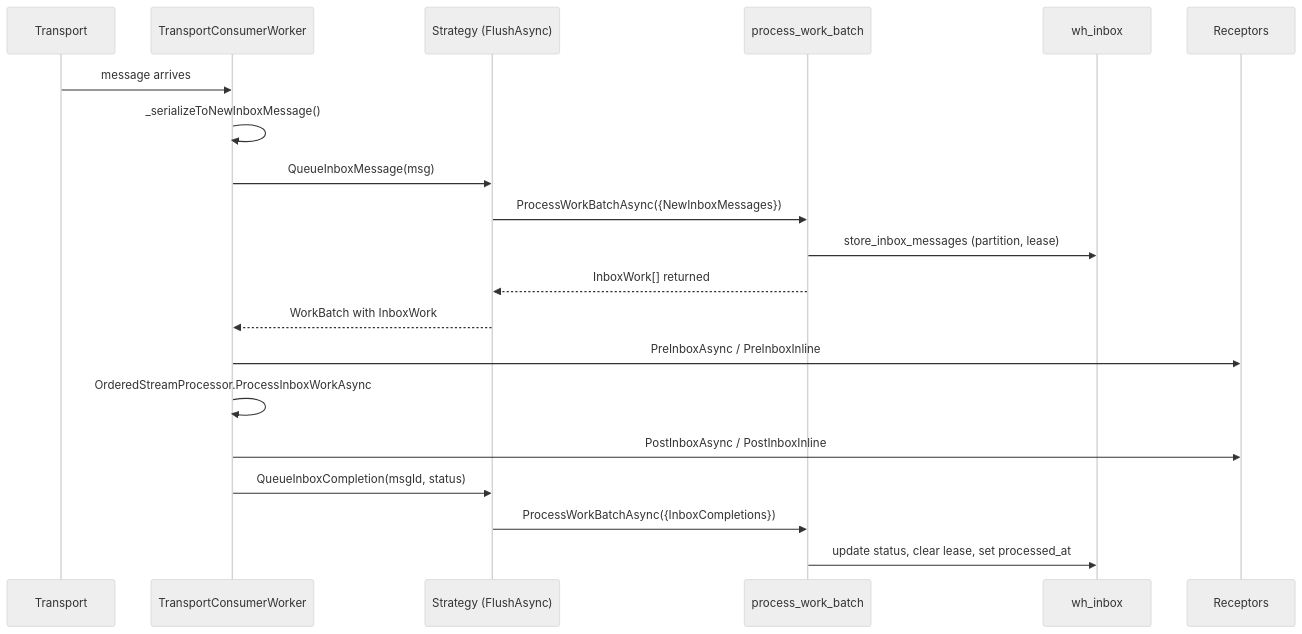
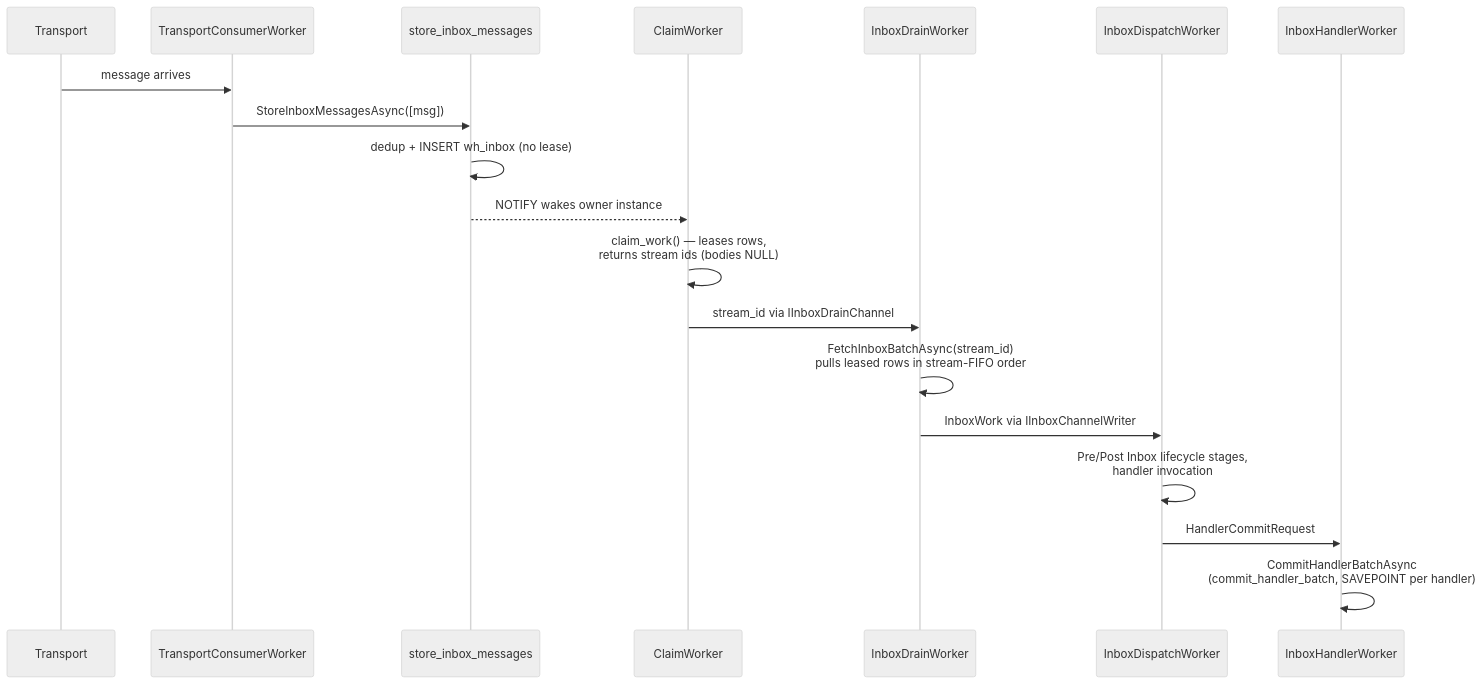
The first of 4 diagrams in src/assets/docs/v1.0.0/messaging/work-coordination.md (whizbang-lib/whizbang-lib.github.io), drawn with Mermaid (neutral theme) before and after one commit. The commit also changed other lines of this file and 14 other files, not shown here.

````diff
--- a/src/assets/docs/v1.0.0/messaging/work-coordination.md
+++ b/src/assets/docs/v1.0.0/messaging/work-coordination.md
@@ -72,23 +85,22 @@
 ```mermaid
 sequenceDiagram
     participant T as Transport
     participant TCW as TransportConsumerWorker
-    participant S as Strategy (FlushAsync)
-    participant SQL as process_work_batch
-    participant DB as wh_inbox
-    participant R as Receptors
+    participant SQL as store_inbox_messages
+    participant CW as ClaimWorker
+    participant IDW as InboxDrainWorker
+    participant DSP as InboxDispatchWorker
+    participant IHW as InboxHandlerWorker
 
     T->>TCW: message arrives
-    TCW->>TCW: _serializeToNewInboxMessage()
-    TCW->>S: QueueInboxMessage(msg)
-    S->>SQL: ProcessWorkBatchAsync({NewInboxMessages})
-    SQL->>DB: store_inbox_messages (partition, lease)
-    SQL-->>S: InboxWork[] returned
-    S-->>TCW: WorkBatch with InboxWork
-    TCW->>R: PreInboxAsync / PreInboxInline
-    TCW->>TCW: OrderedStreamProcessor.ProcessInboxWorkAsync
-    TCW->>R: PostInboxAsync / PostInboxInline
-    TCW->>S: QueueInboxCompletion(msgId, status)
-    S->>SQL: ProcessWorkBatchAsync({InboxCompletions})
-    SQL->>DB: update status, clear lease, set processed_at
+    TCW->>SQL: StoreInboxMessagesAsync([msg])
+    SQL->>SQL: dedup + INSERT wh_inbox (no lease)
+    SQL-->>CW: NOTIFY wakes owner instance
+    CW->>CW: claim_work() — leases rows,<br/>returns stream ids (bodies NULL)
+    CW->>IDW: stream_id via IInboxDrainChannel
+    IDW->>IDW: FetchInboxBatchAsync(stream_id)<br/>pulls leased rows in stream-FIFO order
+    IDW->>DSP: InboxWork via IInboxChannelWriter
+    DSP->>DSP: Pre/Post Inbox lifecycle stages,<br/>handler invocation
+    DSP->>IHW: HandlerCommitRequest
+    IHW->>IHW: CommitHandlerBatchAsync<br/>(commit_handler_batch, SAVEPOINT per handler)
 ```
````
